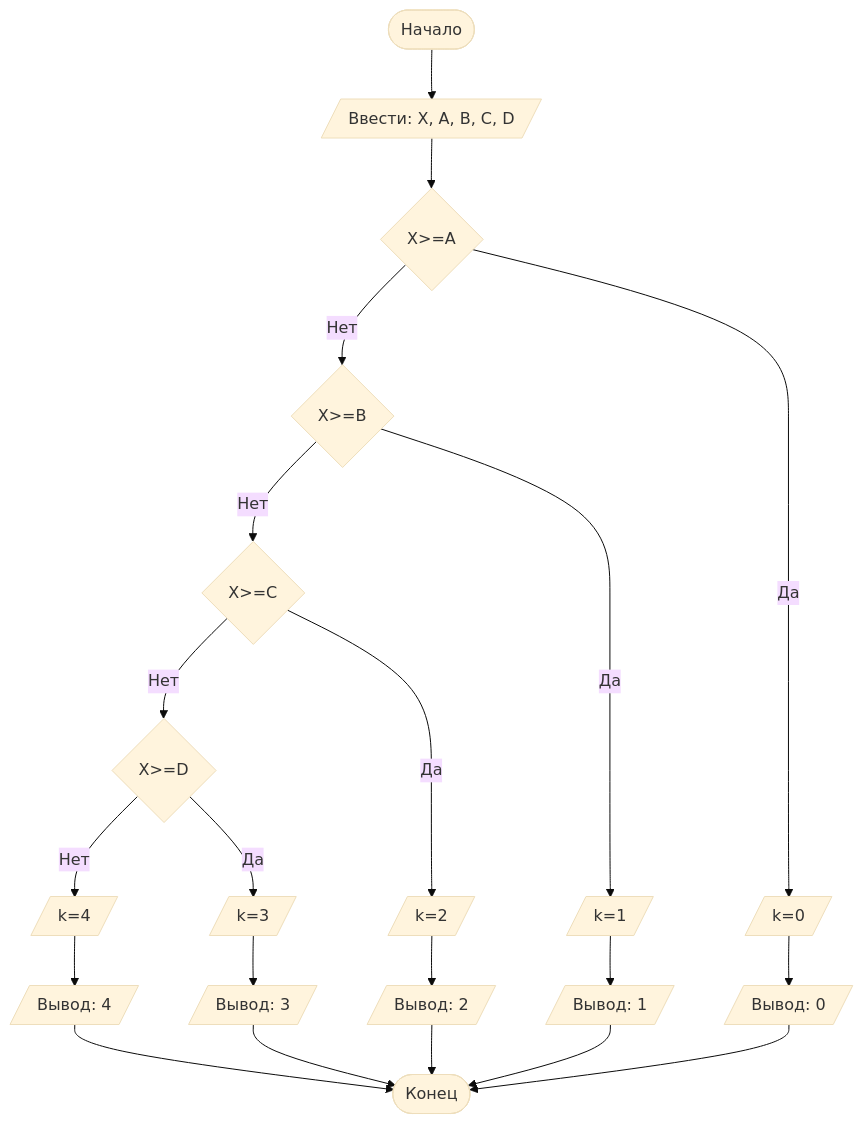
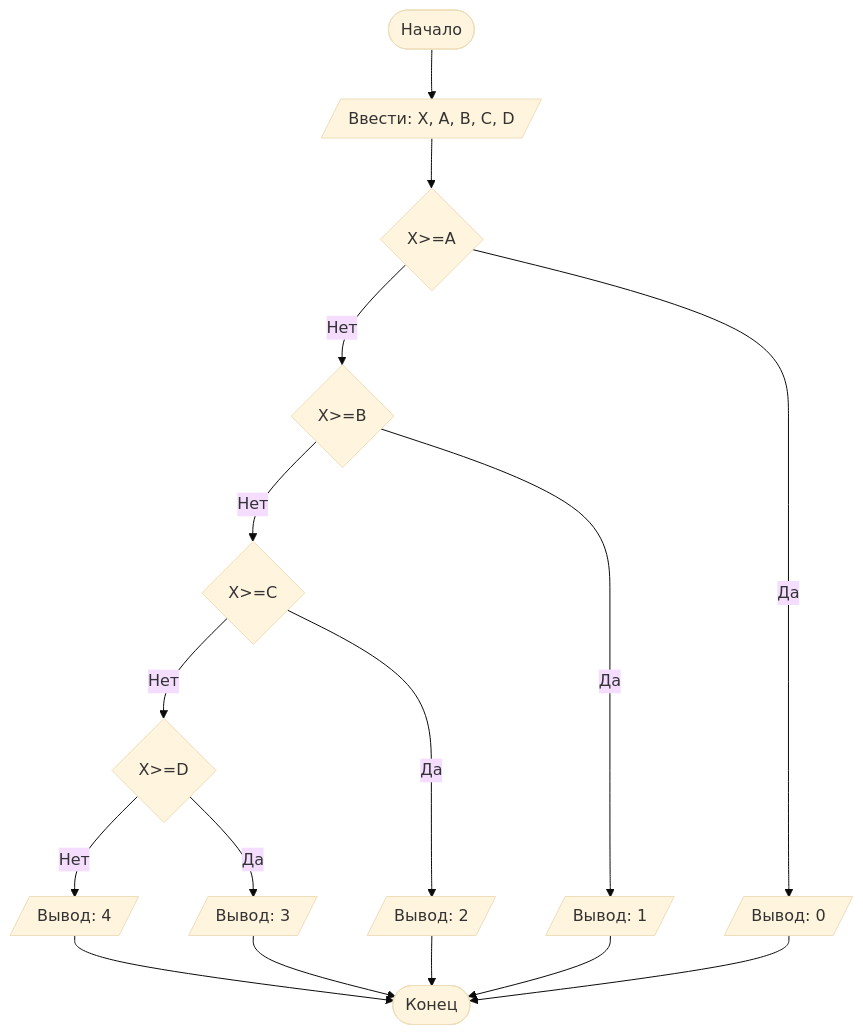
The diagram in README.md (irinagvozdeva/Lab1), drawn with Mermaid (base theme) before and after one commit.

````diff
--- a/README.md
+++ b/README.md
@@ -88,24 +88,19 @@
 ```mermaid
 graph TD
     A([Начало]) --> B[/Ввести: X, A, B, C, D/]
     B --> C{X>=A}
     C -- Нет --> D{X>=B}
     D -- Нет --> E{X>=C}
     E -- Нет --> F{X>=D}
-    F -- Нет --> H[/k=4/]
-    H --> I[/Вывод: 4/]
-    C -- Да --> J[/k=0/]
-    J --> L[/Вывод: 0/]
-    D -- Да --> K[/k=1/]
-    K --> M[/Вывод: 1/]
-    E -- Да --> G[/k=2/]
-    G --> N[/Вывод: 2/]
-    F -- Да --> R[/k=3/]
-    R --> S[/Вывод: 3/]
+    F -- Нет --> I[/Вывод: 4/]
+    C -- Да --> L[/Вывод: 0/]
+    D -- Да --> M[/Вывод: 1/]
+    E -- Да --> N[/Вывод: 2/]
+    F -- Да --> S[/Вывод: 3/]
     I --> Z
     L --> Z
     M --> Z
     N --> Z
     S --> Z([Конец])
 
 ```
````
